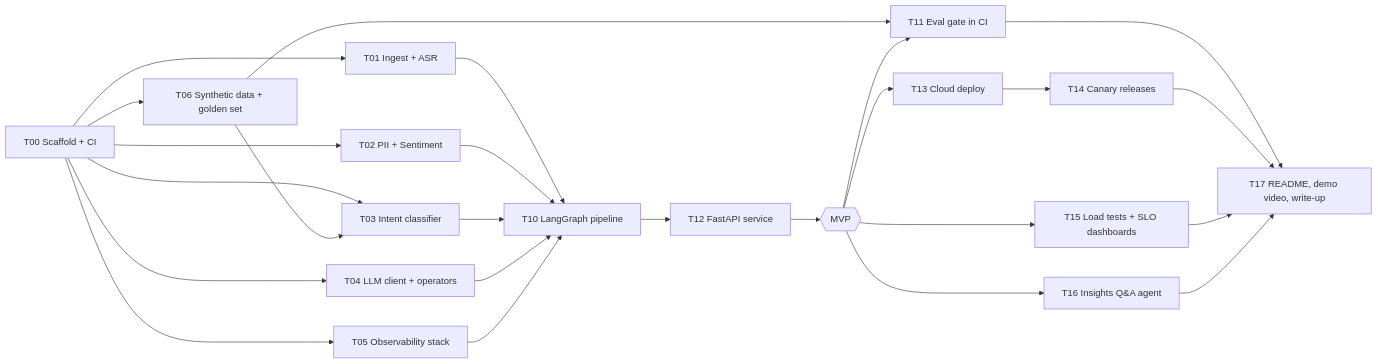
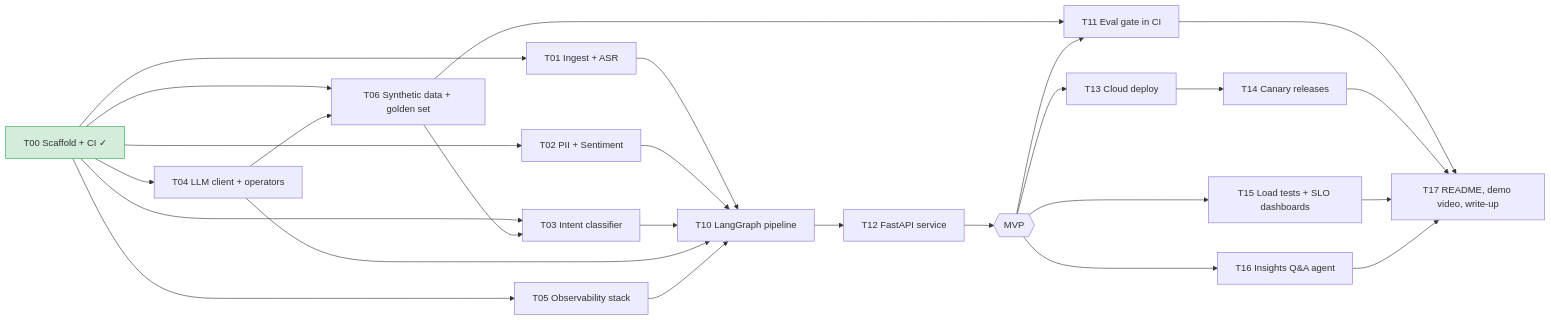
Before and after one commit to anderescaray/conversation-intelligence-engine: the diagram in docs/PLAN.md, drawn with Mermaid. The commit also changed other lines of this file and 9 other files, not shown here.

````diff
--- a/docs/PLAN.md
+++ b/docs/PLAN.md
@@ -8,15 +15,18 @@
 ```mermaid
 flowchart LR
-    T00[T00 Scaffold + CI] --> T01 & T02 & T03 & T04 & T05 & T06
+    T00[T00 Scaffold + CI ✓] --> T01 & T02 & T03 & T04 & T05 & T06
     T01[T01 Ingest + ASR] --> T10
     T02[T02 PII + Sentiment] --> T10
     T03[T03 Intent classifier] --> T10
     T04[T04 LLM client + operators] --> T10
+    T04 --> T06
     T05[T05 Observability stack] --> T10
     T06[T06 Synthetic data + golden set] --> T03 & T11
     T10[T10 LangGraph pipeline] --> T12[T12 FastAPI service]
     T12 --> MVP{{MVP}}
     MVP --> T11[T11 Eval gate in CI] & T13[T13 Cloud deploy] & T15[T15 Load tests + SLO dashboards] & T16[T16 Insights Q&A agent]
     T13 --> T14[T14 Canary releases]
     T11 & T14 & T15 & T16 --> T17[T17 README, demo video, write-up]
+    classDef done fill:#d4edda,stroke:#28a745
+    class T00 done
 ```
````
